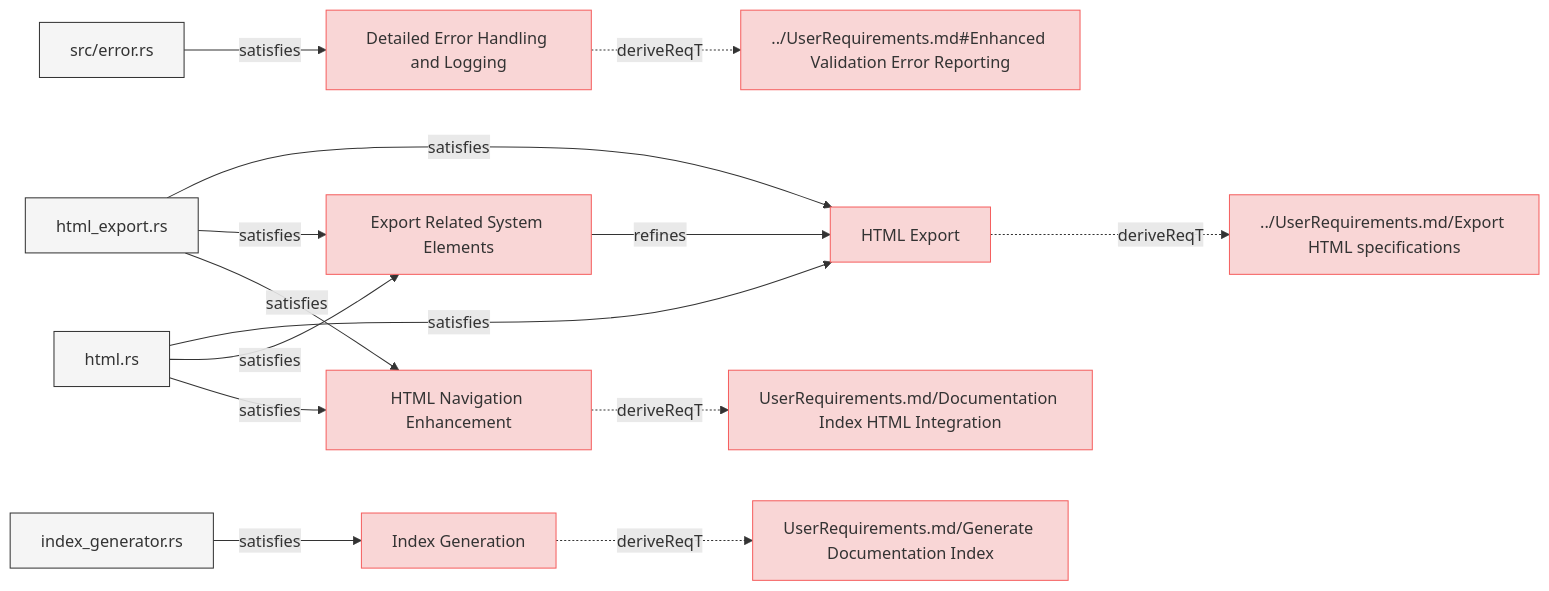
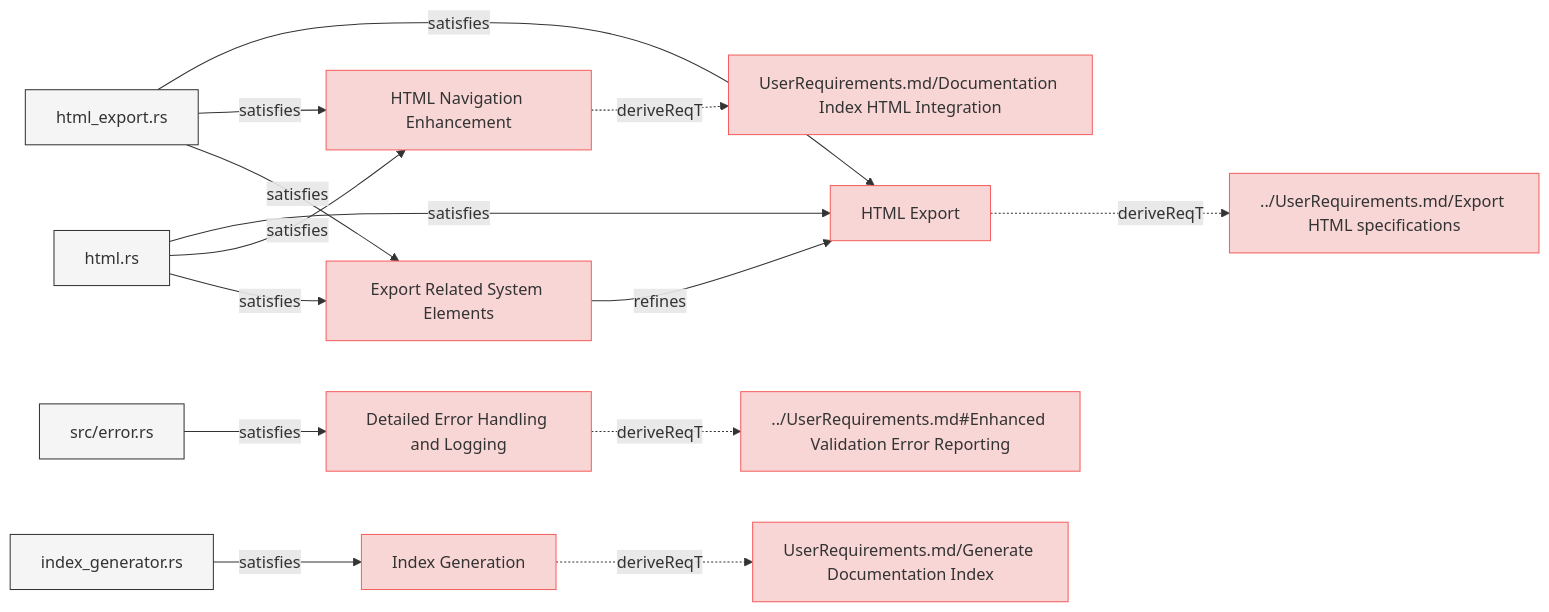
Before and after one commit to reqvire-org/reqvire: the third of 8 diagrams in specifications/SystemRequirements/Requirements.md, drawn with Mermaid. The commit also changed other lines of this file and 44 other files, not shown here.

Commit message:
Diagrams bug fixes. Test improvements.

````diff
--- a/specifications/SystemRequirements/Requirements.md
+++ b/specifications/SystemRequirements/Requirements.md
@@ -289,61 +298,73 @@
 ```mermaid
 graph LR;
   %% Graph styling
   classDef requirement fill:#f9d6d6,stroke:#f55f5f,stroke-width:1px;
   classDef verification fill:#d6f9d6,stroke:#5fd75f,stroke-width:1px;
   classDef externalLink fill:#d0e0ff,stroke:#3080ff,stroke-width:1px;
   classDef default fill:#f5f5f5,stroke:#333333,stroke-width:1px;
 
+  5deb63503bdf77c["HTML Export"];
+  class 5deb63503bdf77c requirement;
+  click 5deb63503bdf77c "Requirements.md#html-export";
+  a4c40962cac85d0c["../UserRequirements.md/Export HTML specifications"];
+  class a4c40962cac85d0c requirement;
+  click a4c40962cac85d0c "../UserRequirements.md#export-html-specifications";
+  5deb63503bdf77c -.->|deriveReqT| a4c40962cac85d0c;
+  c3d63c5d4133e346["html_export.rs"];
+  class c3d63c5d4133e346 default;
+  click c3d63c5d4133e346 "../../core/src/html_export.rs";
+  c3d63c5d4133e346 -->|satisfies| 5deb63503bdf77c;
+  d0e6cc47b904faa5["html.rs"];
+  class d0e6cc47b904faa5 default;
+  click d0e6cc47b904faa5 "../../core/src/html.rs";
+  d0e6cc47b904faa5 -->|satisfies| 5deb63503bdf77c;
   4ecd49d71920c1fc["Detailed Error Handling and Logging"];
-  click 4ecd49d71920c1fc "specifications/SystemRequirements/Requirements.md#detailed-error-handling-and-logging#detailed-error-handling-and-logging";
   class 4ecd49d71920c1fc requirement;
+  click 4ecd49d71920c1fc "Requirements.md#detailed-error-handling-and-logging";
   3b10b8811daaed67["../UserRequirements.md#Enhanced Validation Error Reporting"];
   class 3b10b8811daaed67 requirement;
-  click 3b10b8811daaed67 "specifications/UserRequirements.md#enhanced-validation-error-reporting#enhanced-validation-error-reporting";
+  click 3b10b8811daaed67 "../UserRequirements.md#enhanced-validation-error-reporting";
   4ecd49d71920c1fc -.->|deriveReqT| 3b10b8811daaed67;
   a581221890d15c0c["src/error.rs"];
   class a581221890d15c0c default;
-  click a581221890d15c0c "core/src/error.rs";
+  click a581221890d15c0c "../../core/src/error.rs";
   a581221890d15c0c -->|satisfies| 4ecd49d71920c1fc;
-  5deb63503bdf77c["HTML Export"];
-  click 5deb63503bdf77c "specifications/SystemRequirements/Requirements.md#html-export#html-export";
-  class 5deb63503bdf77c requirement;
-  a4c40962cac85d0c["../UserRequirements.md/Export HTML specifications"];
-  class a4c40962cac85d0c requirement;
-  click a4c40962cac85d0c "specifications/UserRequirements.md#export-html-specifications#export-html-specifications";
-  5deb63503bdf77c -.->|deriveReqT| a4c40962cac85d0c;
+  c1851df0c89e80f8["HTML Navigation Enhancement"];
+  class c1851df0c89e80f8 requirement;
+  click c1851df0c89e80f8 "Requirements.md#html-navigation-enhancement";
+  84b3d0502132adb5["UserRequirements.md/Documentation Index HTML Integration"];
+  class 84b3d0502132adb5 requirement;
+  click 84b3d0502132adb5 "../UserRequirements.md#documentation-index-html-integration";
+  c1851df0c89e80f8 -.->|deriveReqT| 84b3d0502132adb5;
+  d0e6cc47b904faa5["html.rs"];
+  class d0e6cc47b904faa5 default;
+  click d0e6cc47b904faa5 "../../core/src/html.rs";
+  d0e6cc47b904faa5 -->|satisfies| c1851df0c89e80f8;
   c3d63c5d4133e346["html_export.rs"];
   class c3d63c5d4133e346 default;
-  click c3d63c5d4133e346 "core/src/html_export.rs";
-  c3d63c5d4133e346 -->|satisfies| 5deb63503bdf77c;
+  click c3d63c5d4133e346 "../../core/src/html_export.rs";
+  c3d63c5d4133e346 -->|satisfies| c1851df0c89e80f8;
+  5ffd0c57f51e3b22["Export Related System Elements"];
+  class 5ffd0c57f51e3b22 requirement;
+  click 5ffd0c57f51e3b22 "Requirements.md#export-related-system-elements";
+  5ffd0c57f51e3b22 -->|refines| 5deb63503bdf77c;
+  c3d63c5d4133e346["html_export.rs"];
+  class c3d63c5d4133e346 default;
+  click c3d63c5d4133e346 "../../core/src/html_export.rs";
+  c3d63c5d4133e346 -->|satisfies| 5ffd0c57f51e3b22;
   d0e6cc47b904faa5["html.rs"];
   class d0e6cc47b904faa5 default;
-  click d0e6cc47b904faa5 "core/src/html.rs";
-  d0e6cc47b904faa5 -->|satisfies| 5deb63503bdf77c;
-  5ffd0c57f51e3b22["Export Related System Elements"];
-  click 5ffd0c57f51e3b22 "specifications/SystemRequirements/Requirements.md#export-related-system-elements#export-related-system-elements";
-  class 5ffd0c57f51e3b22 requirement;
-  5ffd0c57f51e3b22 -->|refines| 5deb63503bdf77c;
-  c3d63c5d4133e346 -->|satisfies| 5ffd0c57f51e3b22;
+  click d0e6cc47b904faa5 "../../core/src/html.rs";
   d0e6cc47b904faa5 -->|satisfies| 5ffd0c57f51e3b22;
-  c1851df0c89e80f8["HTML Navigation Enhancement"];
-  click c1851df0c89e80f8 "specifications/SystemRequirements/Requirements.md#html-navigation-enhancement#html-navigation-enhancement";
-  class c1851df0c89e80f8 requirement;
-  84b3d0502132adb5["UserRequirements.md/Documentation Index HTML Integration"];
-  class 84b3d0502132adb5 requirement;
-  click 84b3d0502132adb5 "specifications/UserRequirements.md#documentation-index-html-integration#documentation-index-html-integration";
-  c1851df0c89e80f8 -.->|deriveReqT| 84b3d0502132adb5;
-  d0e6cc47b904faa5 -->|satisfies| c1851df0c89e80f8;
-  c3d63c5d4133e346 -->|satisfies| c1851df0c89e80f8;
   a21995894299effb["Index Generation"];
-  click a21995894299effb "specifications/SystemRequirements/Requirements.md#index-generation#index-generation";
   class a21995894299effb requirement;
+  click a21995894299effb "Requirements.md#index-generation";
   c2b6c74b77726ad9["UserRequirements.md/Generate Documentation Index"];
   class c2b6c74b77726ad9 requirement;
-  click c2b6c74b77726ad9 "specifications/UserRequirements.md#generate-documentation-index#generate-documentation-index";
+  click c2b6c74b77726ad9 "../UserRequirements.md#generate-documentation-index";
   a21995894299effb -.->|deriveReqT| c2b6c74b77726ad9;
   1a173441705701a0["index_generator.rs"];
   class 1a173441705701a0 default;
-  click 1a173441705701a0 "core/src/index_generator.rs";
+  click 1a173441705701a0 "../../core/src/index_generator.rs";
   1a173441705701a0 -->|satisfies| a21995894299effb;
 ```
````
